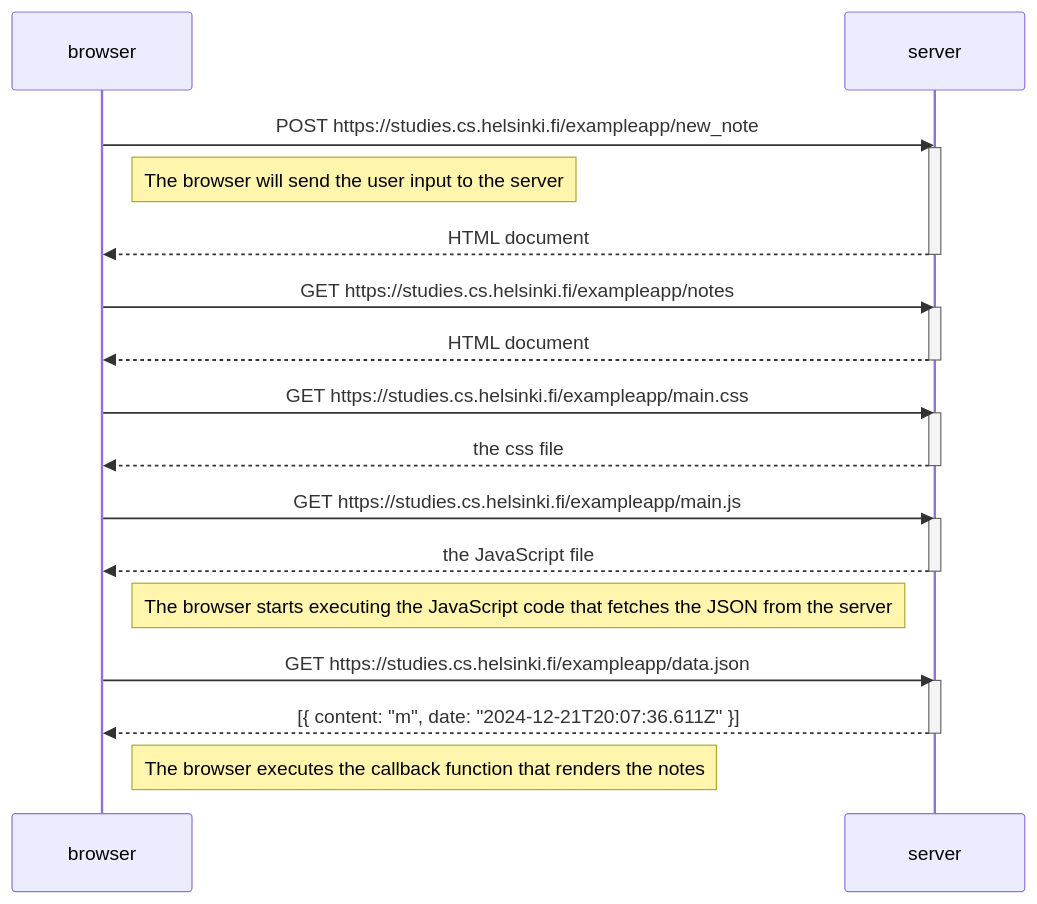
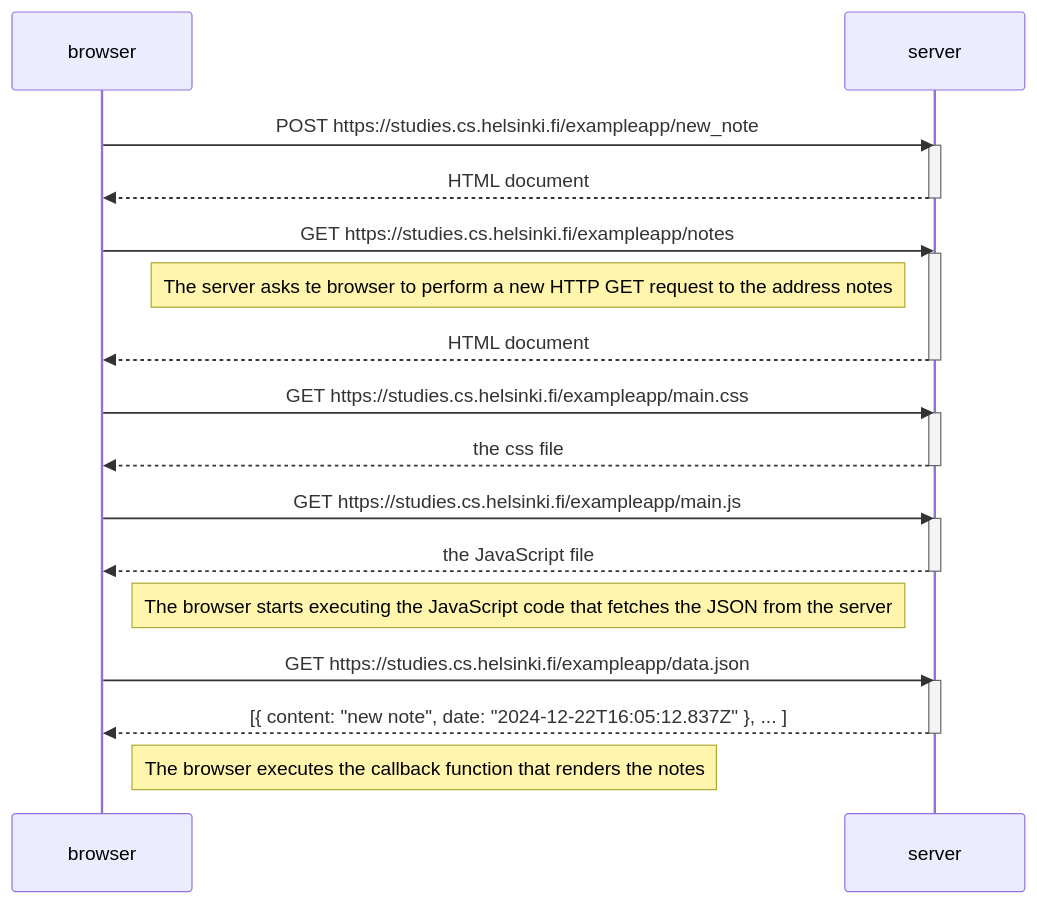
The diagram in 0/0.4.md (ItsRush/fullstackopen), drawn with Mermaid before and after one commit.

````diff
--- a/0/0.4.md
+++ b/0/0.4.md
@@ -1,37 +1,37 @@
 ```mermaid
 sequenceDiagram
     participant browser
     participant server
 
     browser->>server: POST https://studies.cs.helsinki.fi/exampleapp/new_note
     activate server
-    Note right of browser: The browser will send the user input to the server
     server-->>browser: HTML document
     deactivate server
 
-   
-
     browser->>server: GET https://studies.cs.helsinki.fi/exampleapp/notes
     activate server
+
+    Note left of server: The server asks te browser to perform a new HTTP GET request to the address notes
+
     server-->>browser: HTML document
     deactivate server
 
     browser->>server: GET https://studies.cs.helsinki.fi/exampleapp/main.css
     activate server
     server-->>browser: the css file
     deactivate server
 
     browser->>server: GET https://studies.cs.helsinki.fi/exampleapp/main.js
     activate server
     server-->>browser: the JavaScript file
     deactivate server
 
     Note right of browser: The browser starts executing the JavaScript code that fetches the JSON from the server
 
     browser->>server: GET https://studies.cs.helsinki.fi/exampleapp/data.json
     activate server
-    server-->>browser: [{ content: "m", date: "2024-12-21T20:07:36.611Z" }]
+    server-->>browser: [{ content: "new note", date: "2024-12-22T16:05:12.837Z" }, ... ]
     deactivate server
 
     Note right of browser: The browser executes the callback function that renders the notes
 ```
````
